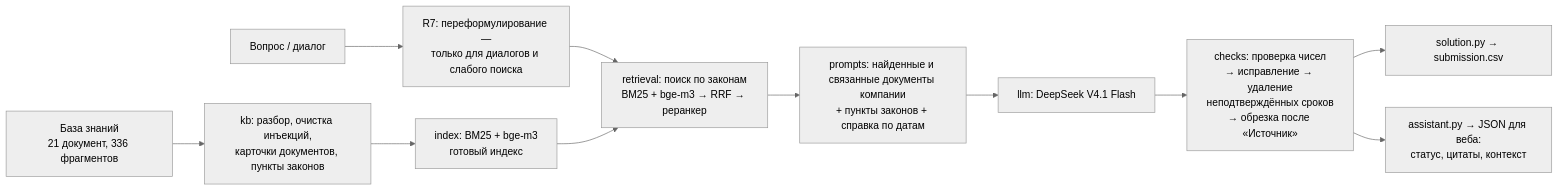
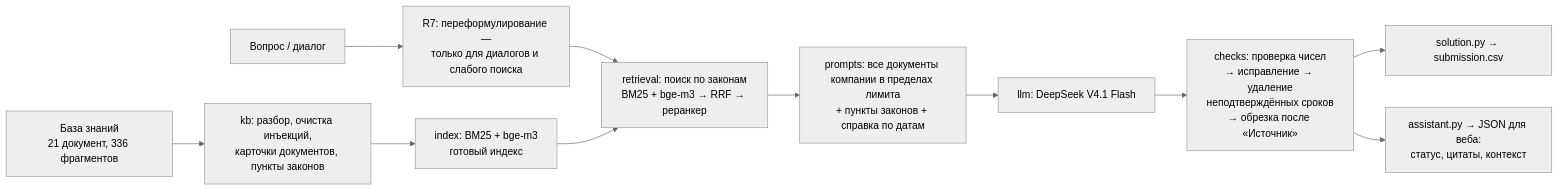
One commit to yenqo/hack-change-psb changed the diagram in docs/development.md. Above: the diagram before and after it, drawn with Mermaid (neutral theme). The commit also changed other lines of this file and 12 other files, not shown here.

````diff
--- a/docs/development.md
+++ b/docs/development.md
@@ -41,13 +41,13 @@
 ```mermaid
 flowchart LR
     KB[База знаний<br/>21 документ, 336 фрагментов] --> P[kb: разбор, очистка инъекций,<br/>карточки документов, пункты законов]
     P --> I[index: BM25 + bge-m3<br/>готовый индекс]
     Q[Вопрос / диалог] --> R[R7: переформулирование —<br/>только для диалогов и слабого поиска]
     R --> S[retrieval: поиск по законам<br/>BM25 + bge-m3 → RRF → реранкер]
     I --> S
-    S --> C[prompts: найденные и связанные документы компании<br/>+ пункты законов + справка по датам]
+    S --> C[prompts: все документы компании в пределах лимита<br/>+ пункты законов + справка по датам]
     C --> G[llm: DeepSeek V4.1 Flash]
     G --> V[checks: проверка чисел<br/>→ исправление → удаление<br/>неподтверждённых сроков<br/>→ обрезка после «Источник»]
     V --> O1[solution.py → submission.csv]
     V --> O2[assistant.py → JSON для веба:<br/>статус, цитаты, контекст]
 ```
````
